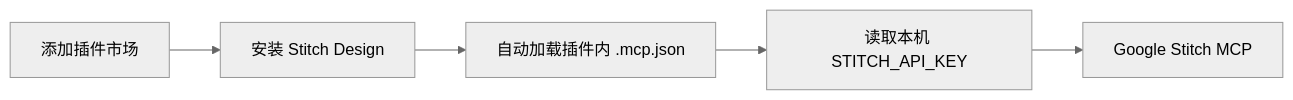
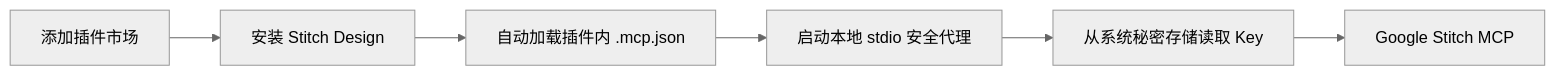
One commit to full-stack-plugins/stitch-design-plugin changed the diagram in docs/getting-started.zh-CN.md. Above: the diagram before and after it, drawn with Mermaid (neutral theme). The commit also changed other lines of this file and 11 other files, not shown here.

````diff
--- a/docs/getting-started.zh-CN.md
+++ b/docs/getting-started.zh-CN.md
@@ -7,7 +7,8 @@
 ```mermaid
 flowchart LR
     A[添加插件市场] --> B[安装 Stitch Design]
     B --> C[自动加载插件内 .mcp.json]
-    C --> D[读取本机 STITCH_API_KEY]
-    D --> E[Google Stitch MCP]
+    C --> D[启动本地 stdio 安全代理]
+    D --> E[从系统秘密存储读取 Key]
+    E --> F[Google Stitch MCP]
 ```
````
